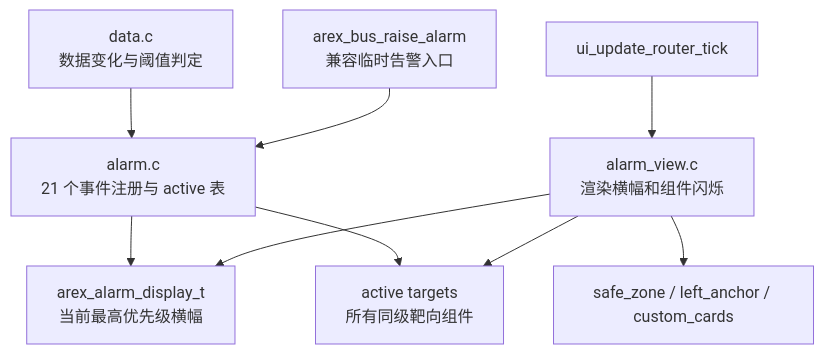
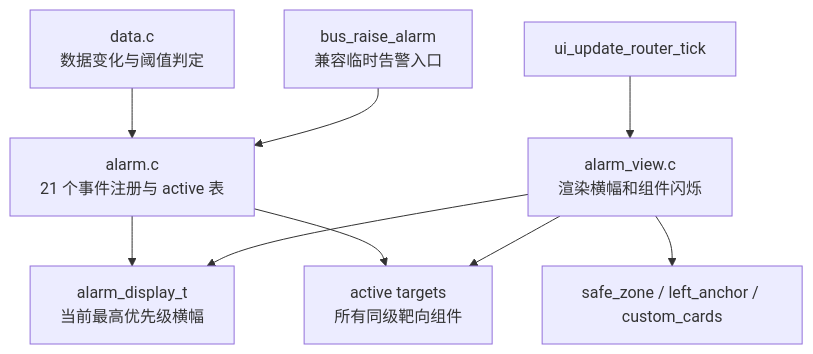
One commit to arexvision/lv_port_win_codeblocks-release-v8.3_hasGroup changed the fifth of 6 diagrams in UI_html_DOC/UI_MODULE_MAP.md. Above: the diagram before and after it, drawn with Mermaid. The commit also changed other lines of this file and 4 other files, not shown here.

````diff
--- a/UI_html_DOC/UI_MODULE_MAP.md
+++ b/UI_html_DOC/UI_MODULE_MAP.md
@@ -118,11 +128,11 @@
 ```mermaid
 flowchart TD
     DataLayer["data.c<br/>数据变化与阈值判定"] --> AlarmEngine["alarm.c<br/>21 个事件注册与 active 表"]
-    Compat["arex_bus_raise_alarm<br/>兼容临时告警入口"] --> AlarmEngine
-    AlarmEngine --> Display["arex_alarm_display_t<br/>当前最高优先级横幅"]
+    Compat["bus_raise_alarm<br/>兼容临时告警入口"] --> AlarmEngine
+    AlarmEngine --> Display["alarm_display_t<br/>当前最高优先级横幅"]
     AlarmEngine --> Targets["active targets<br/>所有同级靶向组件"]
     UpdateRouter["ui_update_router_tick"] --> AlarmView["alarm_view.c<br/>渲染横幅和组件闪烁"]
     AlarmView --> Display
     AlarmView --> Targets
     AlarmView --> ScreenObjects["safe_zone / left_anchor / custom_cards"]
 ```
````
